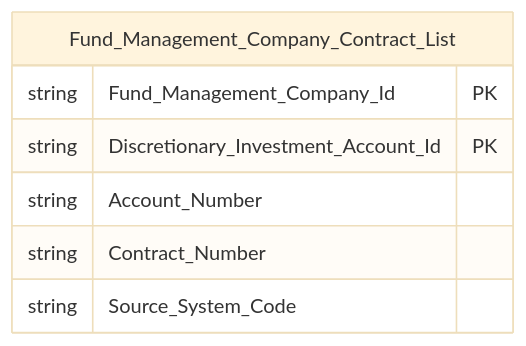
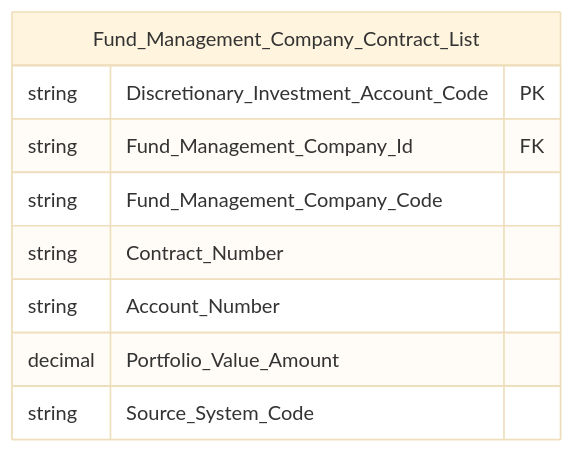
Diagram 20 of 41 in Datamart/hld/DTM_QLQ_HLD.md (linhlvit/ubck_atomic_design), drawn with Mermaid (base theme) before and after one commit. The commit also changed other lines of this file and 28 other files, not shown here.

Commit message:
feat(qlq): add LLD detail mapping, 23 entity table schemas, update HLD, sync datamart model and attributes

````diff
--- a/Datamart/hld/DTM_QLQ_HLD.md
+++ b/Datamart/hld/DTM_QLQ_HLD.md
@@ -606,10 +782,12 @@
 ```mermaid
 erDiagram
     Fund_Management_Company_Contract_List {
-        string Fund_Management_Company_Id PK
-        string Discretionary_Investment_Account_Id PK
+        string Discretionary_Investment_Account_Code PK
+        string Fund_Management_Company_Id FK
+        string Fund_Management_Company_Code
+        string Contract_Number
         string Account_Number
-        string Contract_Number
+        decimal Portfolio_Value_Amount
         string Source_System_Code
     }
 ```
````
